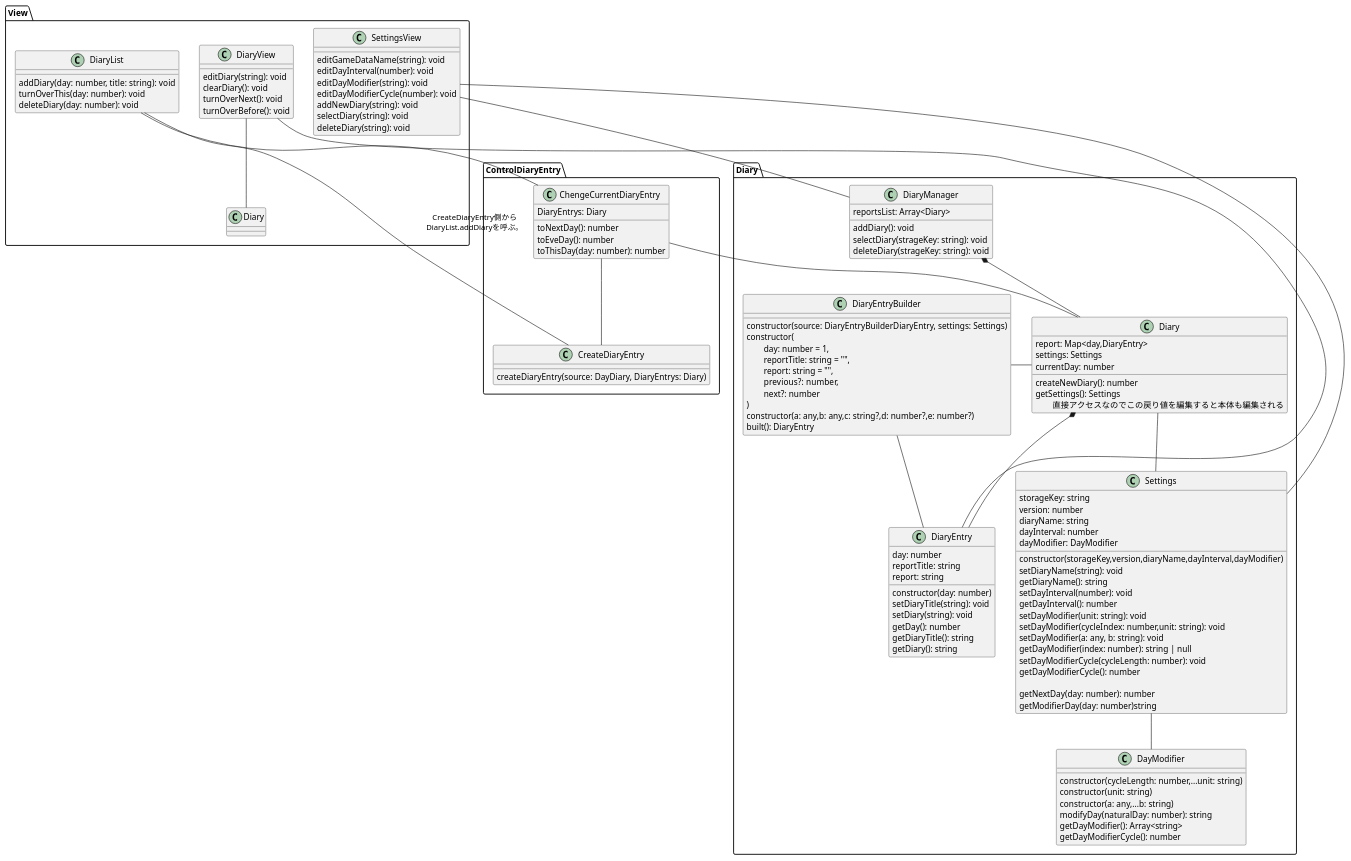
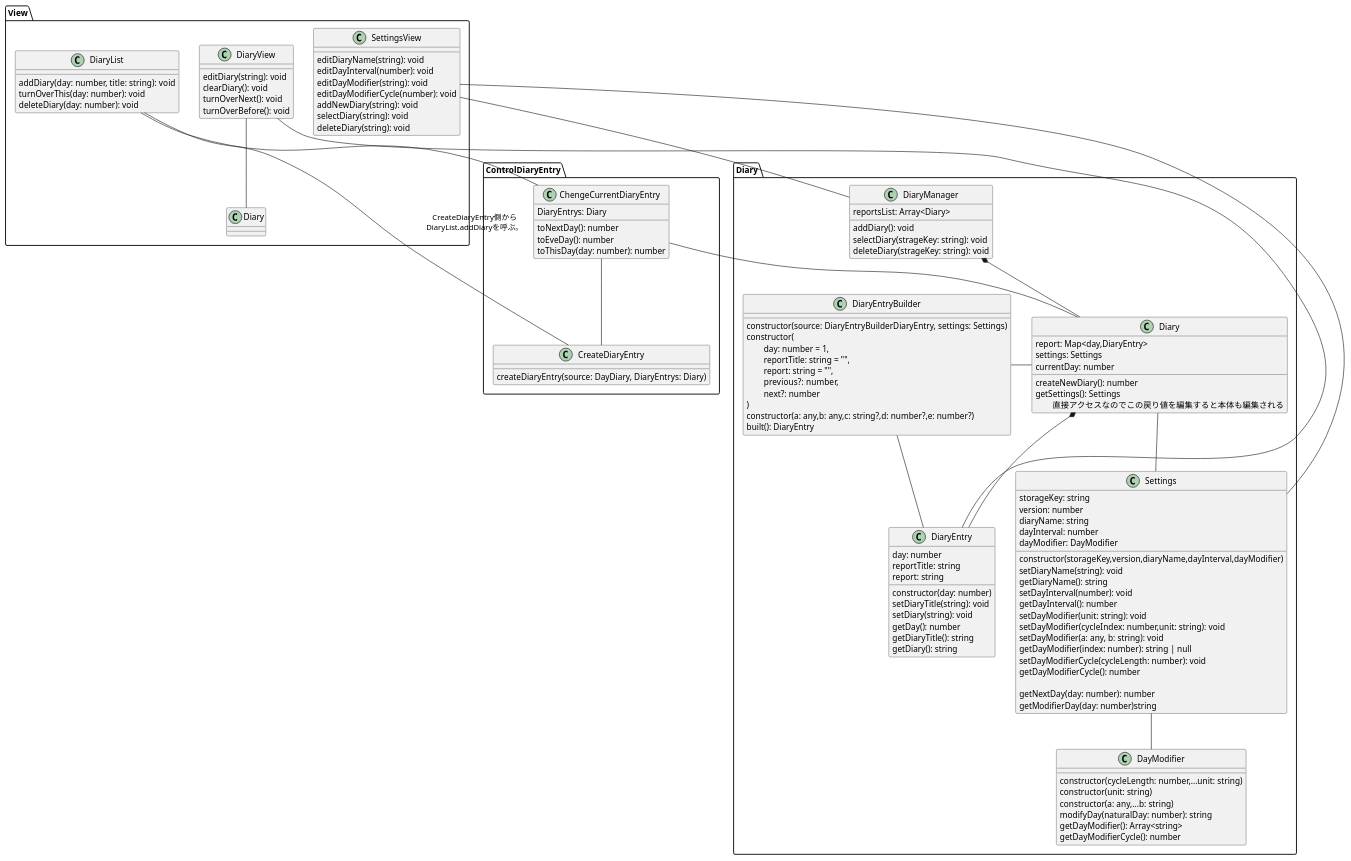
One commit to urusakuma/GameDiary changed the diagram in UML/class.puml. Above: the diagram before and after it, drawn with PlantUML. The commit also changed 6 other files, not shown here.

```diff
--- a/UML/class.puml
+++ b/UML/class.puml
@@ -1,113 +1,113 @@
 @startuml class
 package Diary{
   class Diary{
     report: Map<day,DiaryEntry>
     settings: Settings
     currentDay: number
     createNewDiary(): number
     getSettings(): Settings\n\t直接アクセスなのでこの戻り値を編集すると本体も編集される
   }
   class DiaryEntryBuilder{
     constructor(source: DiaryEntryBuilderDiaryEntry, settings: Settings)
     constructor(\n\tday: number = 1,\n\treportTitle: string = "",\n\treport: string = "",\n\tprevious?: number,\n\tnext?: number\n)
     constructor(a: any,b: any,c: string?,d: number?,e: number?)
     built(): DiaryEntry
   }
   Diary -l- DiaryEntryBuilder
   DiaryEntryBuilder -- DiaryEntry
   class DiaryEntry{
     day: number
     reportTitle: string
     report: string
     constructor(day: number)
     setDiaryTitle(string): void
     setDiary(string): void
     getDay(): number
     getDiaryTitle(): string
     getDiary(): string
   }
 
   class Settings{
     storageKey: string
     version: number
     diaryName: string
     dayInterval: number
     dayModifier: DayModifier
     constructor(storageKey,version,diaryName,dayInterval,dayModifier)
     setDiaryName(string): void
     getDiaryName(): string
     setDayInterval(number): void
     getDayInterval(): number
     setDayModifier(unit: string): void
     setDayModifier(cycleIndex: number,unit: string): void
     setDayModifier(a: any, b: string): void
     getDayModifier(index: number): string | null
     setDayModifierCycle(cycleLength: number): void
     getDayModifierCycle(): number
 
     getNextDay(day: number): number
     getModifierDay(day: number)string
   }
   Diary *-- DiaryEntry
   Diary -- Settings
   Settings -- DayModifier
   class DayModifier{
     constructor(cycleLength: number,...unit: string)
     constructor(unit: string)
     constructor(a: any,...b: string)
     modifyDay(naturalDay: number): string
     getDayModifier(): Array<string>
     getDayModifierCycle(): number
   }
   class DiaryManager{
     reportsList: Array<Diary>
     addDiary(): void
     selectDiary(strageKey: string): void
     deleteDiary(strageKey: string): void
   }
   DiaryManager *-- Diary
 }
 package ControlDiaryEntry{
   class CreateDiaryEntry{
     createDiaryEntry(source: DayDiary, DiaryEntrys: Diary)
   }
   class ChengeCurrentDiaryEntry{
     DiaryEntrys: Diary
     toNextDay(): number
     toEveDay(): number
     toThisDay(day: number): number
   }
   ChengeCurrentDiaryEntry -- CreateDiaryEntry
   ChengeCurrentDiaryEntry -- Diary.Diary
 }
 package View{
   class DiaryList{
     addDiary(day: number, title: string): void
     turnOverThis(day: number): void
     deleteDiary(day: number): void
   }
   class DiaryView{
     editDiary(string): void
     clearDiary(): void
     turnOverNext(): void
     turnOverBefore(): void
   }
   class SettingsView{
-    editGameDataName(string): void
+    editDiaryName(string): void
     editDayInterval(number): void
     editDayModifier(string): void
     editDayModifierCycle(number): void
     addNewDiary(string): void
     selectDiary(string): void
     deleteDiary(string): void
   }
   DiaryList -- CreateDiaryEntry : CreateDiaryEntry側から\nDiaryList.addDiaryを呼ぶ。
   DiaryList -- ChengeCurrentDiaryEntry
   DiaryView -- DiaryEntry
   DiaryView -- Diary
   SettingsView -- Settings
   SettingsView -- DiaryManager
 
 
 }
 @enduml
```
